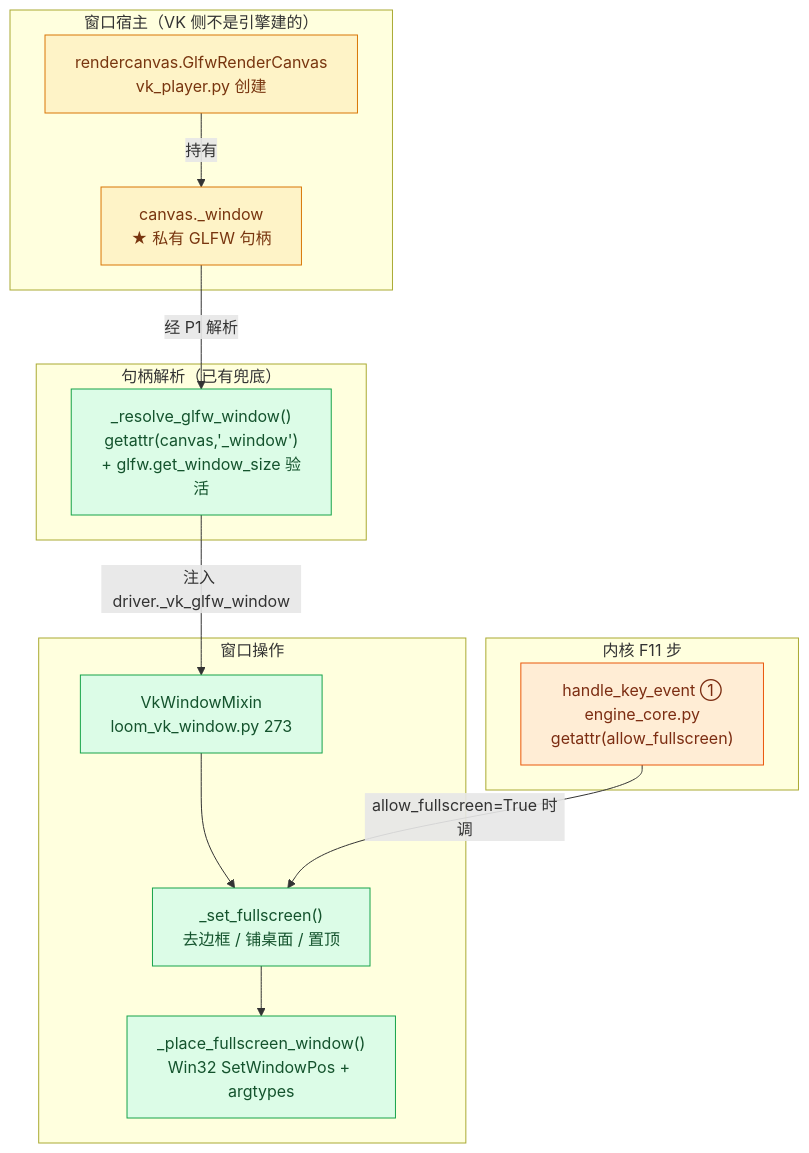
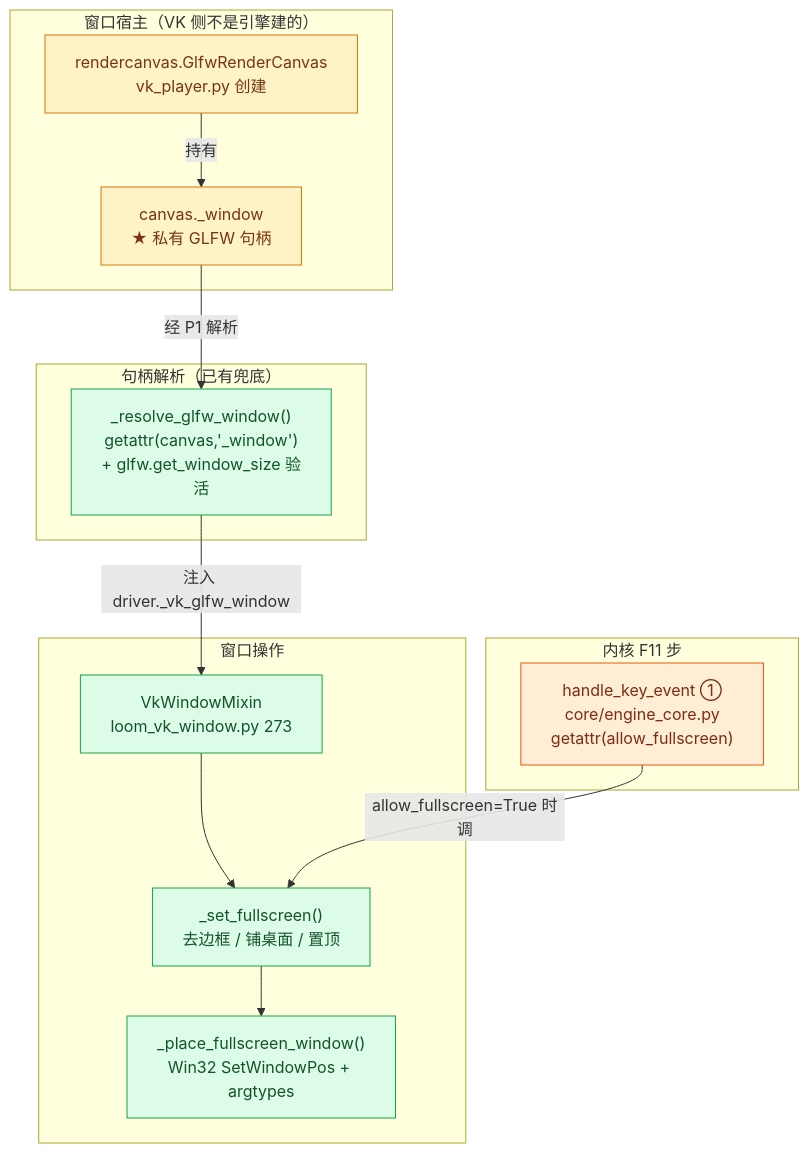
One commit to lhy302/WeaveEngine changed diagram 21 of 23 in ARCHITECTURE.md. Above: the diagram before and after it, drawn with Mermaid. The commit also changed other lines of this file and 143 other files, not shown here.

````diff
--- a/ARCHITECTURE.md
+++ b/ARCHITECTURE.md
@@ -1013,27 +1013,27 @@
 ```mermaid
 flowchart TB
   subgraph HOST["窗口宿主（VK 侧不是引擎建的）"]
     R1["rendercanvas.GlfwRenderCanvas<br/>vk_player.py 创建"]:::external
     R2["canvas._window<br/>★ 私有 GLFW 句柄"]:::external
   end
   subgraph RESOLVE["句柄解析（已有兜底）"]
     P1["_resolve_glfw_window()<br/>getattr(canvas,'_window')<br/>+ glfw.get_window_size 验活"]:::impl
   end
   subgraph ACT["窗口操作"]
     W1["VkWindowMixin<br/>loom_vk_window.py 273"]:::impl
     W2["_set_fullscreen()<br/>去边框 / 铺桌面 / 置顶"]:::impl
     W3["_place_fullscreen_window()<br/>Win32 SetWindowPos + argtypes"]:::impl
   end
   subgraph KERN["内核 F11 步"]
-    K1["handle_key_event ①<br/>engine_core.py<br/>getattr(allow_fullscreen)"]:::contract
+    K1["handle_key_event ①<br/>core/engine_core.py<br/>getattr(allow_fullscreen)"]:::contract
   end
   R1 -->|持有| R2
   R2 -->|经 P1 解析| P1
   P1 -->|注入 driver._vk_glfw_window| W1
   W1 --> W2
   W2 --> W3
   K1 -->|allow_fullscreen=True 时调| W2
   classDef external fill:#fef3c7,stroke:#d97706,color:#78350f
   classDef impl fill:#dcfce7,stroke:#16a34a,color:#14532d
   classDef contract fill:#ffedd5,stroke:#ea580c,color:#7c2d12
 ```
````
